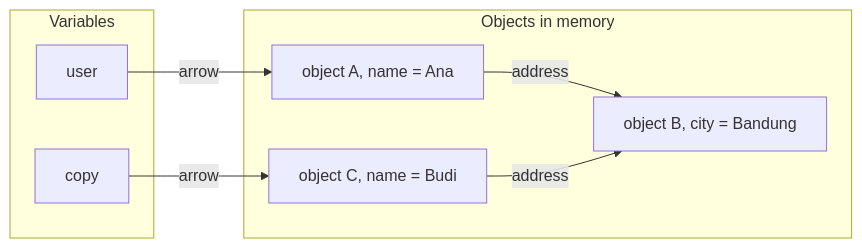
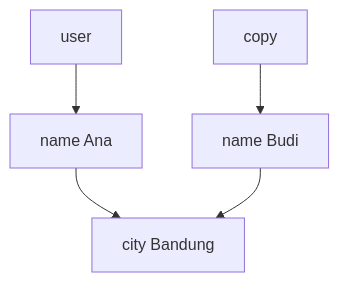
The third of 5 diagrams in learn/javascript/03-reference-vs-copy.md (starjustice/research-material), drawn with Mermaid before and after one commit. The commit also changed other lines of this file, not shown here.

Commit message:
Reshape JavaScript lesson 03 (Reference vs copy) into short cards with guess bars and blue More detail bars

````diff
--- a/learn/javascript/03-reference-vs-copy.md
+++ b/learn/javascript/03-reference-vs-copy.md
@@ -97,16 +151,7 @@
 ```mermaid
-graph LR
-    subgraph VARS ["Variables"]
-        U["user"]
-        C["copy"]
-    end
-    subgraph OBJS ["Objects in memory"]
-        A["object A, name = Ana"]
-        CC["object C, name = Budi"]
-        B["object B, city = Bandung"]
-    end
-    U -->|arrow| A
-    C -->|arrow| CC
-    A -->|address| B
-    CC -->|address| B
+graph TB
+    U["user"] --> A["name Ana"]
+    C["copy"] --> CC["name Budi"]
+    A --> B["city Bandung"]
+    CC --> B
 ```
````
